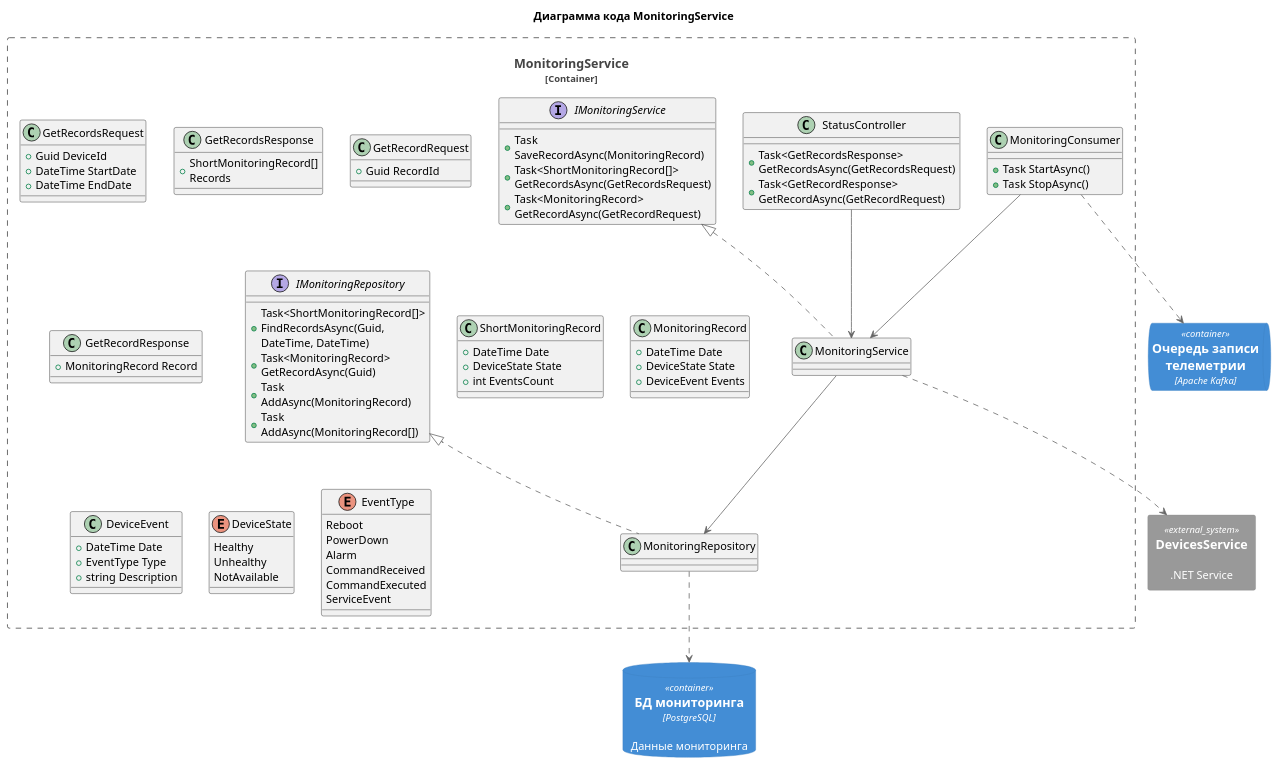
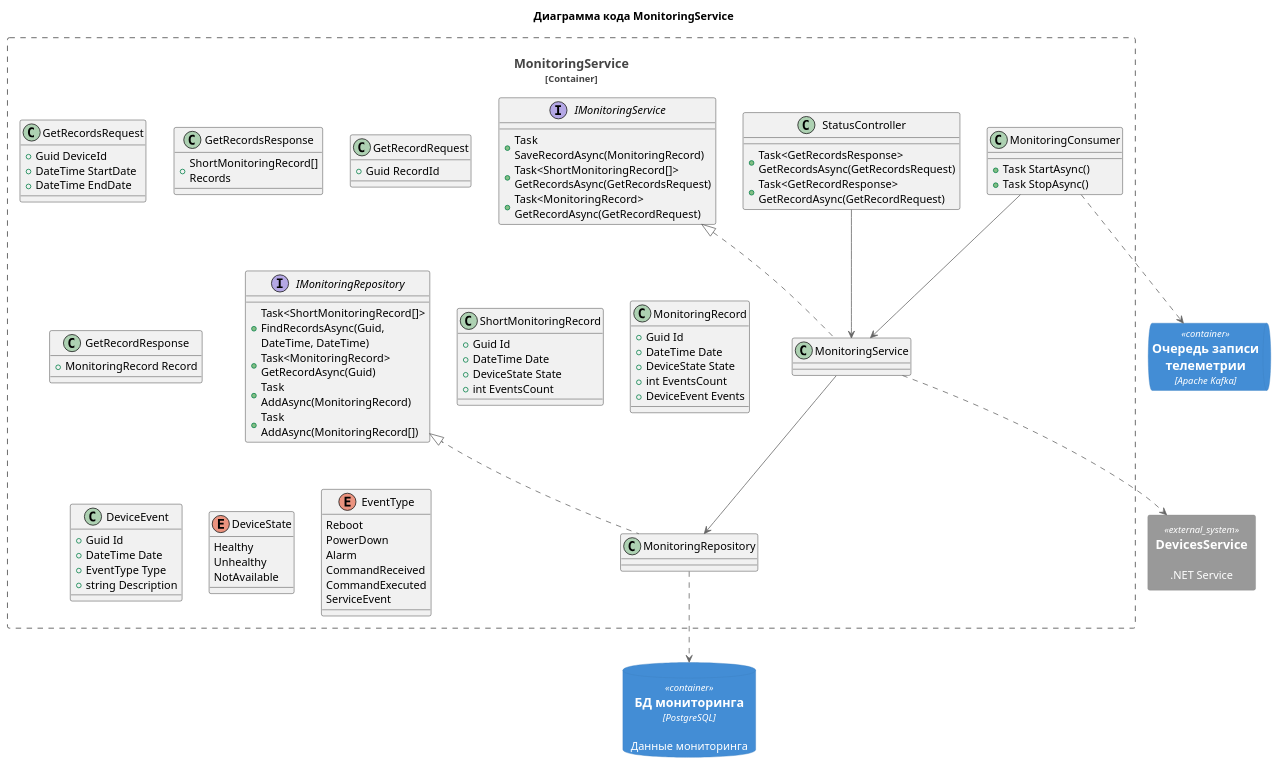
One commit to egorbos-practicum/architecture-warmhouse changed the diagram in diagrams/monitoring-service-code-diagram.puml. Above: the diagram before and after it, drawn with PlantUML. The commit also changed 4 other files, not shown here.

```diff
--- a/diagrams/monitoring-service-code-diagram.puml
+++ b/diagrams/monitoring-service-code-diagram.puml
@@ -1,106 +1,110 @@
 @startuml
 !include <C4/C4_Container>
 
 allow_mixing
 
 title Диаграмма кода MonitoringService
 
 Container_Boundary(MonitoringServiceContainer, "MonitoringService") {
     class StatusController {
         + Task<GetRecordsResponse> GetRecordsAsync(GetRecordsRequest)
         + Task<GetRecordResponse> GetRecordAsync(GetRecordRequest)
     }
 
     interface IMonitoringService {
         + Task SaveRecordAsync(MonitoringRecord)
         + Task<ShortMonitoringRecord[]> GetRecordsAsync(GetRecordsRequest)
         + Task<MonitoringRecord> GetRecordAsync(GetRecordRequest)
     }
 
     class MonitoringService {
     }
 
     interface IMonitoringRepository {
         + Task<ShortMonitoringRecord[]> FindRecordsAsync(Guid, DateTime, DateTime)
         + Task<MonitoringRecord> GetRecordAsync(Guid)
         + Task AddAsync(MonitoringRecord)
         + Task AddAsync(MonitoringRecord[])
     }
 
     class MonitoringRepository {
     }
 
     class MonitoringConsumer {
         + Task StartAsync()
         + Task StopAsync()
     }
 
     class GetRecordsRequest {
         + Guid DeviceId
         + DateTime StartDate
         + DateTime EndDate
     }
 
     class GetRecordsResponse {
         + ShortMonitoringRecord[] Records
     }
 
     class GetRecordRequest {
         + Guid RecordId
     }
 
     class GetRecordResponse {
         + MonitoringRecord Record
     }
 
     class ShortMonitoringRecord {
+        + Guid Id
         + DateTime Date
         + DeviceState State
         + int EventsCount
     }
 
     class MonitoringRecord {
+        + Guid Id
         + DateTime Date
         + DeviceState State
+        + int EventsCount
         + DeviceEvent Events
     }
 
     class DeviceEvent {
+        + Guid Id
         + DateTime Date
         + EventType Type
         + string Description
     }
 
     enum DeviceState {
         Healthy
         Unhealthy
         NotAvailable
     }
 
     enum EventType {
         Reboot
         PowerDown
         Alarm
         CommandReceived
         CommandExecuted
         ServiceEvent
     }
 
     IMonitoringService <|.. MonitoringService
     IMonitoringRepository <|.. MonitoringRepository
 
     StatusController --> MonitoringService
     MonitoringConsumer --> MonitoringService
     MonitoringService --> MonitoringRepository
 }
 
     System_Ext(DevicesService, "DevicesService", ".NET Service")
 
     ContainerDb(MonitoringDatabase, "БД мониторинга", "PostgreSQL", "Данные мониторинга")
     ContainerQueue(MonitoringQueue, "Очередь записи телеметрии", "Apache Kafka")
 
     MonitoringService ..> DevicesService
     MonitoringRepository ..> MonitoringDatabase
     MonitoringConsumer ..> MonitoringQueue
 
 @enduml
```
